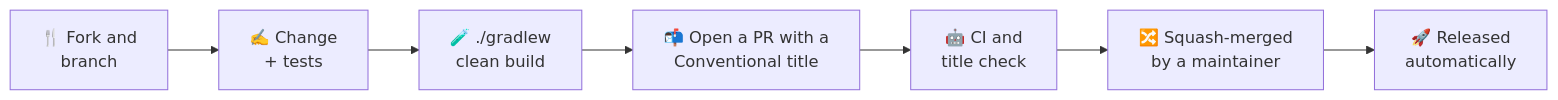
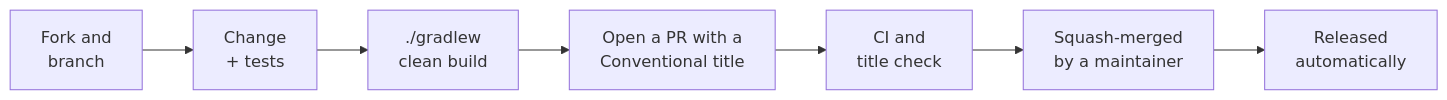
Before and after one commit to brantunger/unruly-engine: the diagram in CONTRIBUTING.md, drawn with Mermaid. The commit also changed other lines of this file and 17 other files, not shown here.

````diff
--- a/CONTRIBUTING.md
+++ b/CONTRIBUTING.md
@@ -119,9 +120,9 @@
 ```mermaid
 flowchart LR
-    A["🍴 Fork and<br/>branch"] --> B["✍️ Change<br/>+ tests"]
-    B --> C["🧪 ./gradlew<br/>clean build"]
-    C --> D["📬 Open a PR with a<br/>Conventional title"]
-    D --> E["🤖 CI and<br/>title check"]
-    E --> F["🔀 Squash-merged<br/>by a maintainer"]
-    F --> G["🚀 Released<br/>automatically"]
+    A["Fork and<br/>branch"] --> B["Change<br/>+ tests"]
+    B --> C["./gradlew<br/>clean build"]
+    C --> D["Open a PR with a<br/>Conventional title"]
+    D --> E["CI and<br/>title check"]
+    E --> F["Squash-merged<br/>by a maintainer"]
+    F --> G["Released<br/>automatically"]
 ```
````
